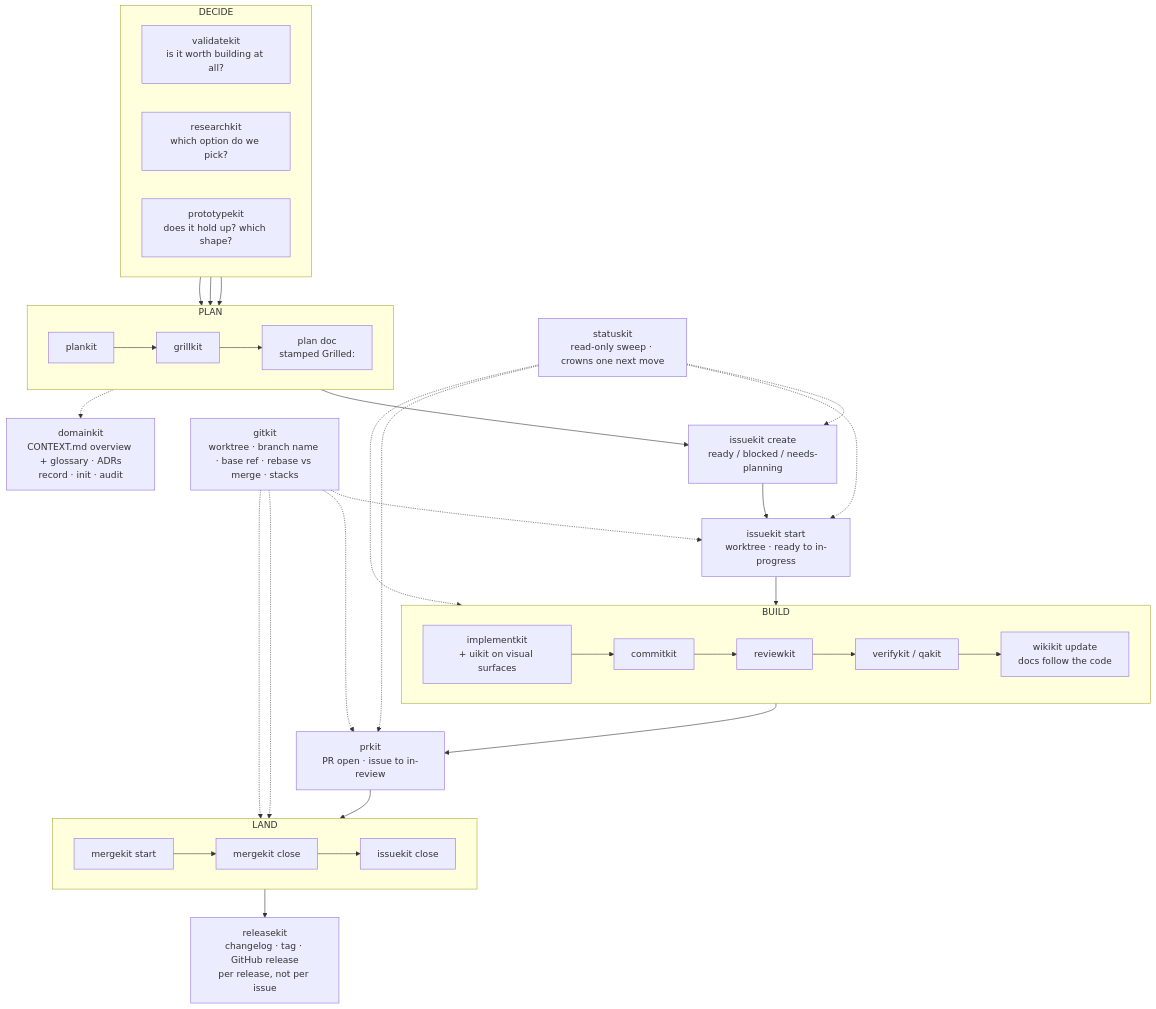
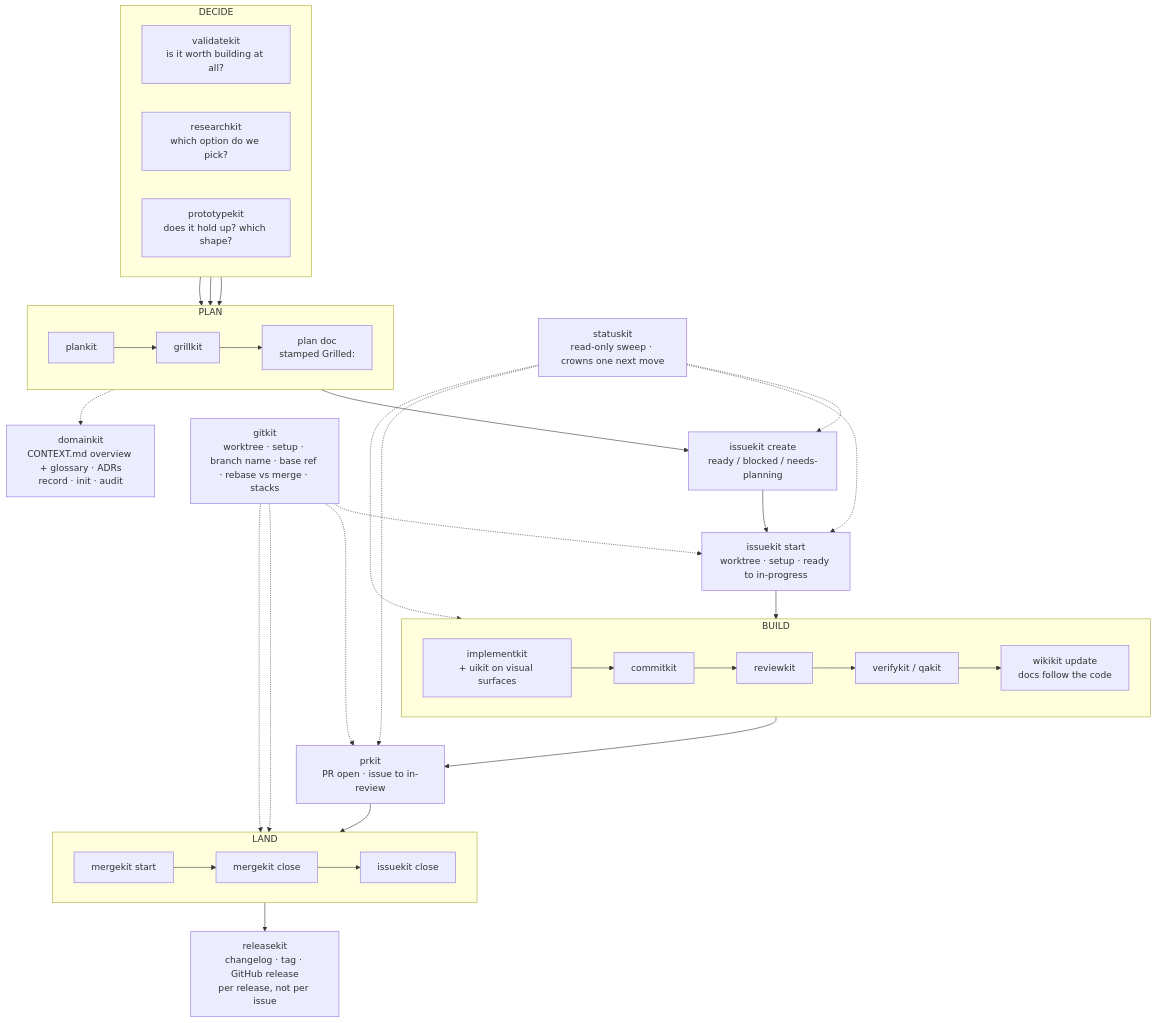
One commit to mimukit/skills changed the diagram in docs/wiki/workflow.md. Above: the diagram before and after it, drawn with Mermaid. The commit also changed other lines of this file and 1 other file, not shown here.

First line of the commit message:
docs(wiki): map gitkit prepare in the workflow

````diff
--- a/docs/wiki/workflow.md
+++ b/docs/wiki/workflow.md
@@ -40,55 +40,55 @@
 ```mermaid
 flowchart TD
     ST["statuskit<br>read-only sweep · crowns one next move"]
 
     subgraph decide["DECIDE"]
         direction LR
         V["validatekit<br>is it worth building at all?"]
         R["researchkit<br>which option do we pick?"]
         PR["prototypekit<br>does it hold up? which shape?"]
     end
 
     subgraph plan["PLAN"]
         direction LR
         P["plankit"] --> G["grillkit"] --> PD["plan doc<br>stamped Grilled:"]
     end
 
     F["issuekit create<br>ready / blocked / needs-planning"]
-    S["issuekit start<br>worktree · ready to in-progress"]
+    S["issuekit start<br>worktree · setup · ready to in-progress"]
 
     subgraph build["BUILD"]
         direction LR
         I["implementkit<br>+ uikit on visual surfaces"] --> C["commitkit"] --> RV["reviewkit"] --> Q["verifykit / qakit"] --> W["wikikit update<br>docs follow the code"]
     end
 
     SH["prkit<br>PR open · issue to in-review"]
 
     subgraph land["LAND"]
         direction LR
         M1["mergekit start"] --> M2["mergekit close"] --> M3["issuekit close"]
     end
 
     RL["releasekit<br>changelog · tag · GitHub release<br>per release, not per issue"]
 
-    GK["gitkit<br>worktree · branch name · base ref · rebase vs merge · stacks"]
+    GK["gitkit<br>worktree · setup · branch name · base ref · rebase vs merge · stacks"]
     DK["domainkit<br>CONTEXT.md overview + glossary · ADRs<br>record · init · audit"]
 
     V --> P
     R --> P
     PR --> P
     PD --> F --> S --> I
     W --> SH --> M1
     M3 --> RL
 
     ST -.-> F
     ST -.-> S
     ST -.-> I
     ST -.-> SH
 
     GK -.-> S
     GK -.-> SH
     GK -.-> M1
     GK -.-> M3
 
     G -.-> DK
 ```
````
